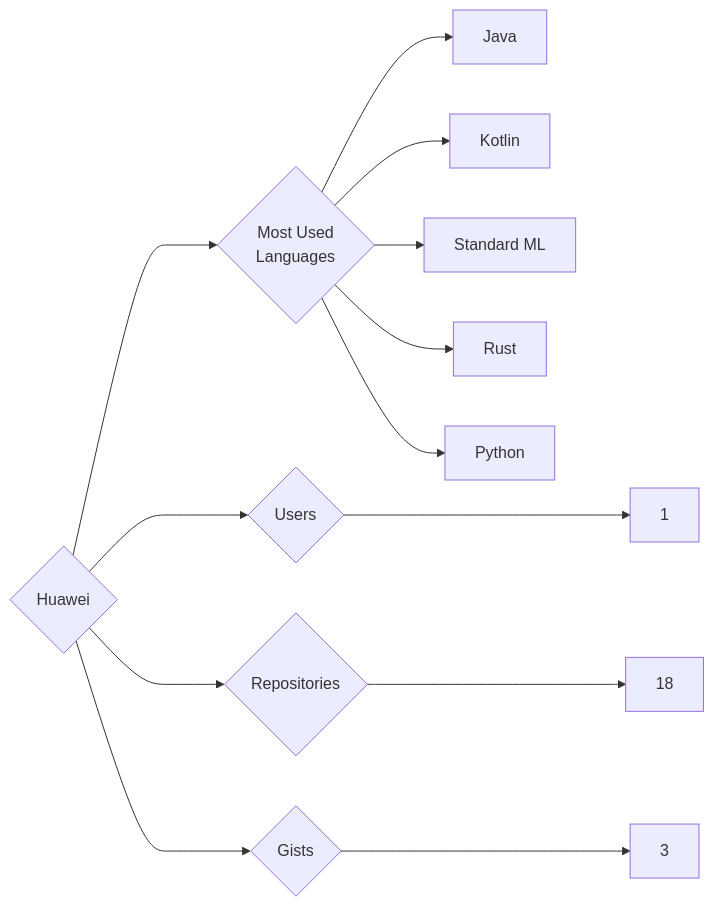
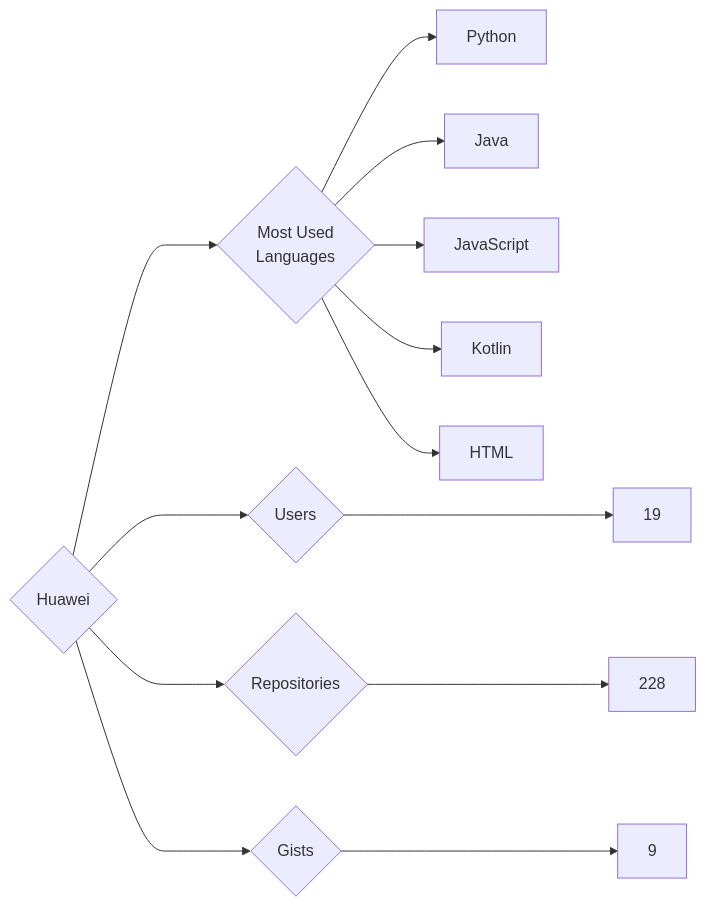
Before and after one commit to trickest/insiders: the diagram in targets/Huawei/README.md, drawn with Mermaid. The commit also changed 553 other files, not shown here.

````diff
--- a/targets/Huawei/README.md
+++ b/targets/Huawei/README.md
@@ -3,13 +3,13 @@
 ```mermaid
 graph LR
 COMPANY_NAME{Huawei}
-COMPANY_NAME ---> U{Users} ---> UN[1]
-COMPANY_NAME ---> R{Repositories} ---> RN[18]
-COMPANY_NAME ---> G{Gists} ---> GN[3]
+COMPANY_NAME ---> U{Users} ---> UN[19]
+COMPANY_NAME ---> R{Repositories} ---> RN[228]
+COMPANY_NAME ---> G{Gists} ---> GN[9]
 COMPANY_NAME ---> ML{Most Used<br>Languages}
+ML --> Python[Python]
 ML --> Java[Java]
+ML --> JavaScript[JavaScript]
 ML --> Kotlin[Kotlin]
-ML --> Standard_ML[Standard ML]
-ML --> Rust[Rust]
-ML --> Python[Python]
+ML --> HTML[HTML]
 ```
````
